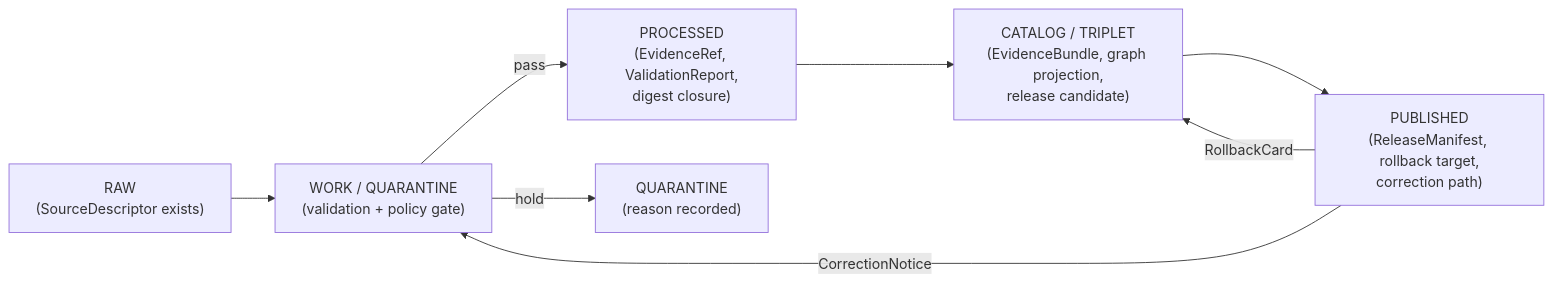
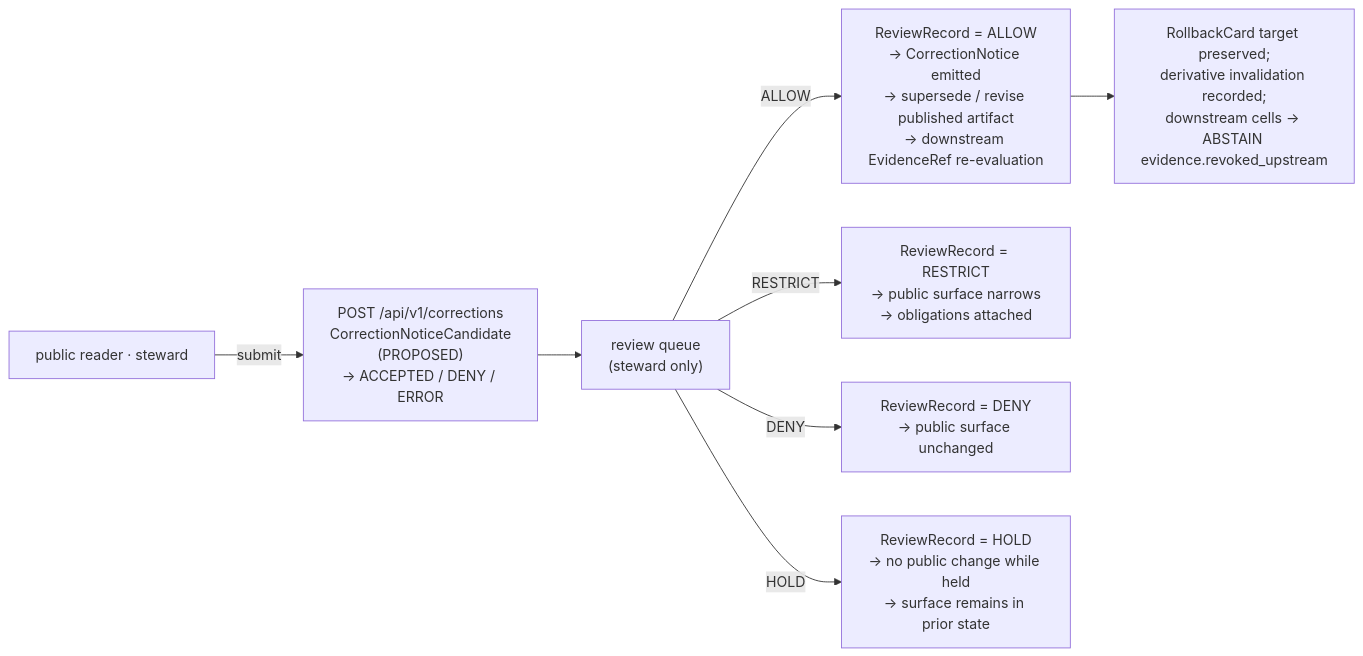
One commit to bartytime4life/Kansas-Frontier-Matrix changed the diagram in docs/domains/agriculture/ARCHITECTURE.md. Above: the diagram before and after it, drawn with Mermaid. The commit also changed other lines of this file, not shown here.

````diff
--- a/docs/domains/agriculture/ARCHITECTURE.md
+++ b/docs/domains/agriculture/ARCHITECTURE.md
@@ -208,10 +48,10 @@
 ```mermaid
 flowchart LR
-  RAW["RAW<br/>(SourceDescriptor exists)"] --> WORK["WORK / QUARANTINE<br/>(validation + policy gate)"]
-  WORK -->|pass| PROC["PROCESSED<br/>(EvidenceRef, ValidationReport,<br/>digest closure)"]
-  WORK -->|hold| Q["QUARANTINE<br/>(reason recorded)"]
-  PROC --> CAT["CATALOG / TRIPLET<br/>(EvidenceBundle, graph projection,<br/>release candidate)"]
-  CAT --> PUB["PUBLISHED<br/>(ReleaseManifest, rollback target,<br/>correction path)"]
-  PUB -->|CorrectionNotice| WORK
-  PUB -->|RollbackCard| CAT
+  Public["public reader · steward"] -->|submit| Corr["POST /api/v1/corrections<br/>CorrectionNoticeCandidate<br/>(PROPOSED)<br/>→ ACCEPTED / DENY / ERROR"]
+  Corr --> Review["review queue<br/>(steward only)"]
+  Review -->|ALLOW| Accept["ReviewRecord = ALLOW<br/>→ CorrectionNotice emitted<br/>→ supersede / revise published artifact<br/>→ downstream EvidenceRef re-evaluation"]
+  Review -->|RESTRICT| Restrict["ReviewRecord = RESTRICT<br/>→ public surface narrows<br/>→ obligations attached"]
+  Review -->|DENY| Deny["ReviewRecord = DENY<br/>→ public surface unchanged"]
+  Review -->|HOLD| Hold["ReviewRecord = HOLD<br/>→ no public change while held<br/>→ surface remains in prior state"]
+  Accept --> Rollback["RollbackCard target preserved;<br/>derivative invalidation recorded;<br/>downstream cells → ABSTAIN evidence.revoked_upstream"]
 ```
````
